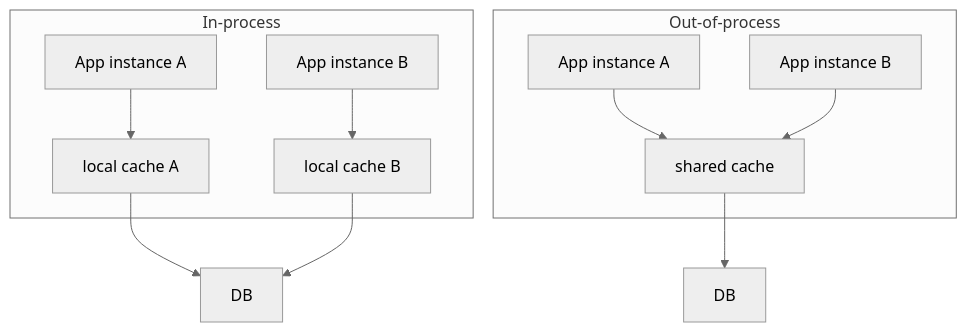
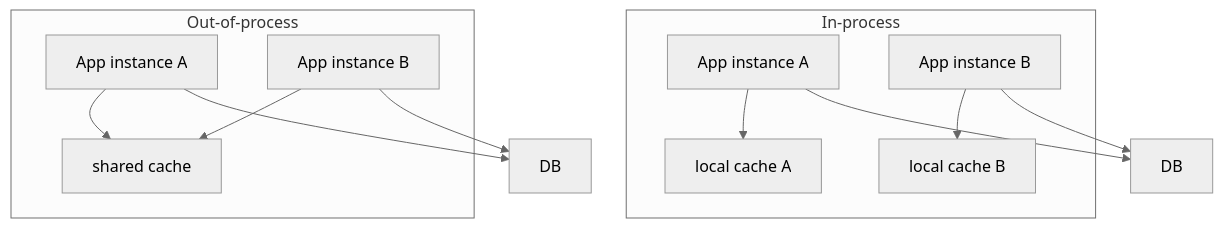
The fifth of 19 diagrams in content/lectures/Lec13/vitepress.md (Kert0n/KPO), drawn with Mermaid (neutral theme) before and after one commit. The commit also changed other lines of this file, not shown here.

````diff
--- a/content/lectures/Lec13/vitepress.md
+++ b/content/lectures/Lec13/vitepress.md
@@ -238,16 +200,17 @@
 ```mermaid
 flowchart TD
     subgraph InProcess["In-process"]
         A1["App instance A"] --> ACache["local cache A"]
         B1["App instance B"] --> BCache["local cache B"]
     end
 
     subgraph OutProcess["Out-of-process"]
         A2["App instance A"] --> Shared["shared cache"]
         B2["App instance B"] --> Shared
     end
 
-    ACache --> DB1["DB"]
-    BCache --> DB1
-    Shared --> DB2["DB"]
+    A1 --> DB1["DB"]
+    B1 --> DB1
+    A2 --> DB2["DB"]
+    B2 --> DB2
 ```
````
